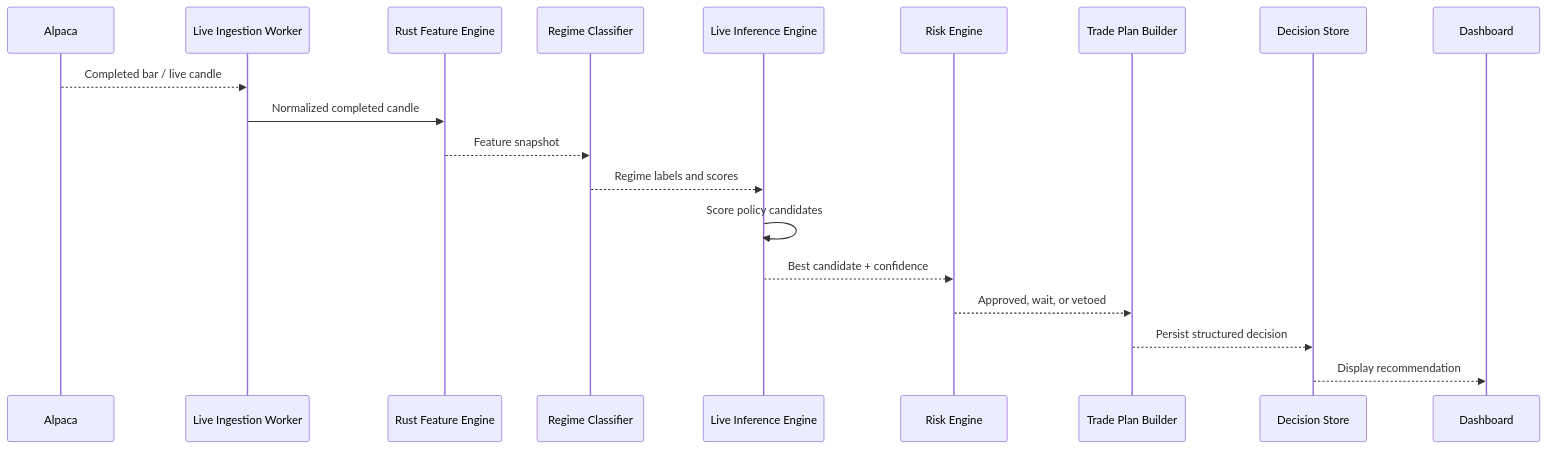
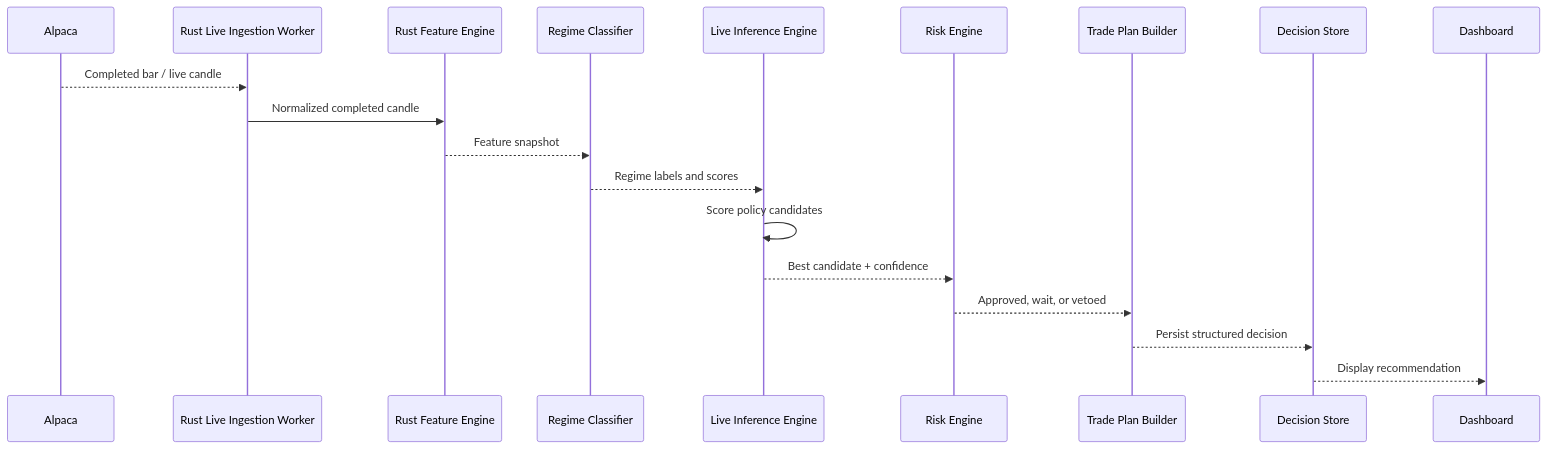
Before and after one commit to SolStis86/trade-engine: the third of 4 diagrams in docs/components/00-component-map.md, drawn with Mermaid. The commit also changed other lines of this file, not shown here.

Commit message:
Update component map for Rust ingest

````diff
--- a/docs/components/00-component-map.md
+++ b/docs/components/00-component-map.md
@@ -88,22 +88,22 @@
 ```mermaid
 sequenceDiagram
     participant Alpaca
-    participant Ingest as Live Ingestion Worker
+    participant Ingest as Rust Live Ingestion Worker
     participant Feature as Rust Feature Engine
     participant Regime as Regime Classifier
     participant Inference as Live Inference Engine
     participant Risk as Risk Engine
     participant Plan as Trade Plan Builder
     participant Store as Decision Store
     participant UI as Dashboard
 
     Alpaca-->>Ingest: Completed bar / live candle
     Ingest->>Feature: Normalized completed candle
     Feature-->>Regime: Feature snapshot
     Regime-->>Inference: Regime labels and scores
     Inference->>Inference: Score policy candidates
     Inference-->>Risk: Best candidate + confidence
     Risk-->>Plan: Approved, wait, or vetoed
     Plan-->>Store: Persist structured decision
     Store-->>UI: Display recommendation
 ```
````
